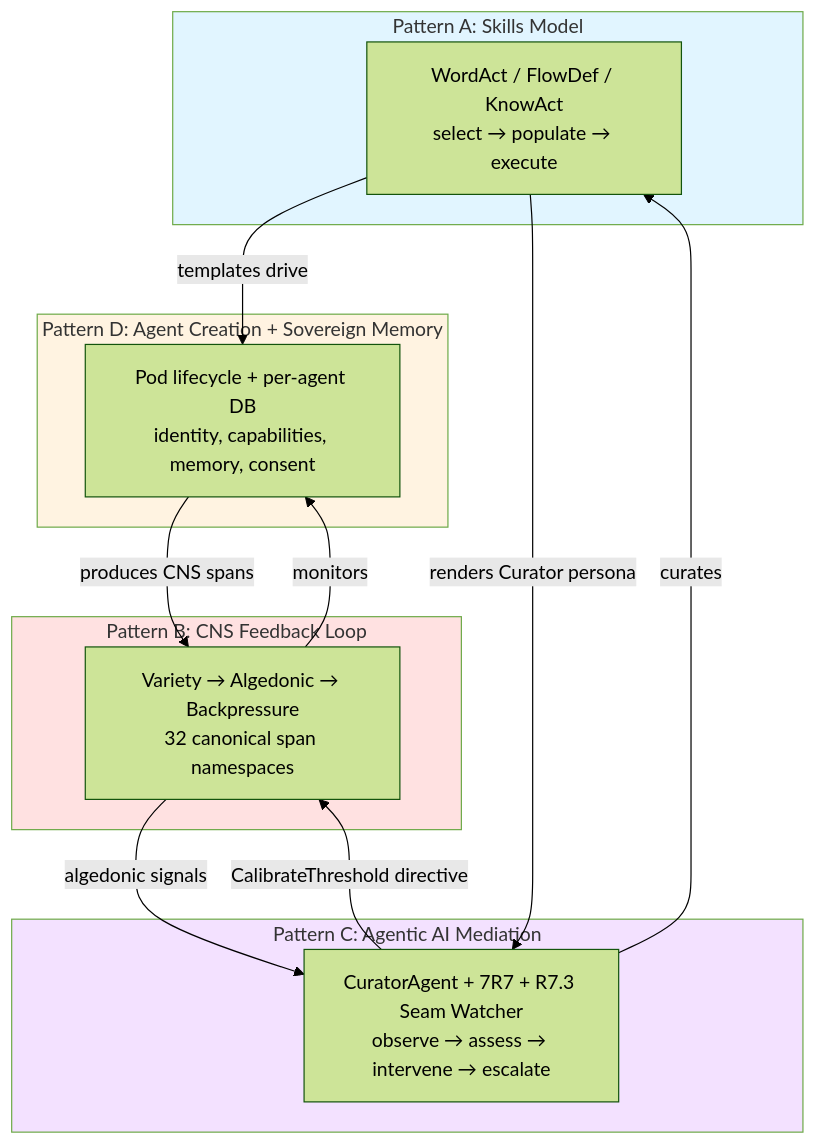
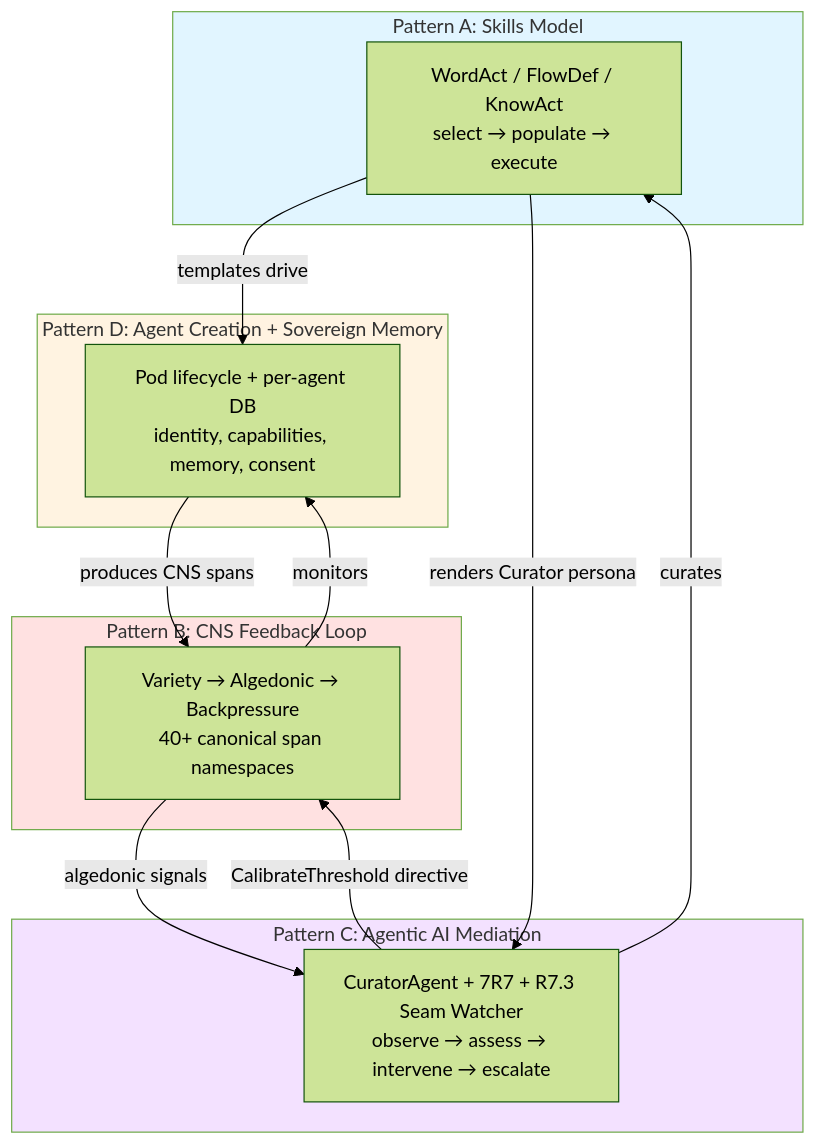
Before and after one commit to mdz-axo/hKask: the first of 4 diagrams in docs/architecture/hKask-architecture-master.md, drawn with Mermaid (forest theme). The commit also changed other lines of this file and 28 other files, not shown here.

````diff
--- a/docs/architecture/hKask-architecture-master.md
+++ b/docs/architecture/hKask-architecture-master.md
@@ -122,31 +122,31 @@
 ```mermaid
 graph TD
     subgraph Skills["Pattern A: Skills Model"]
         SK["WordAct / FlowDef / KnowAct<br/>select → populate → execute"]
     end
 
     subgraph CNS["Pattern B: CNS Feedback Loop"]
-        CN["Variety → Algedonic → Backpressure<br/>32 canonical span namespaces"]
+        CN["Variety → Algedonic → Backpressure\n40+ canonical span namespaces"]
     end
 
     subgraph Curator["Pattern C: Agentic AI Mediation"]
         CU["CuratorAgent + 7R7 + R7.3 Seam Watcher<br/>observe → assess → intervene → escalate"]
     end
 
     subgraph Agents["Pattern D: Agent Creation + Sovereign Memory"]
         AG["Pod lifecycle + per-agent DB<br/>identity, capabilities, memory, consent"]
     end
 
     SK -->|"templates drive"| AG
     CN -->|"monitors"| AG
     CN -->|"algedonic signals"| CU
     CU -->|"CalibrateThreshold directive"| CN
     CU -->|"curates"| SK
     AG -->|"produces CNS spans"| CN
     SK -->|"renders Curator persona"| CU
 
     style Skills fill:#e1f5ff
     style CNS fill:#ffe1e1
     style Curator fill:#f3e1ff
     style Agents fill:#fff3e1
 ```
````
